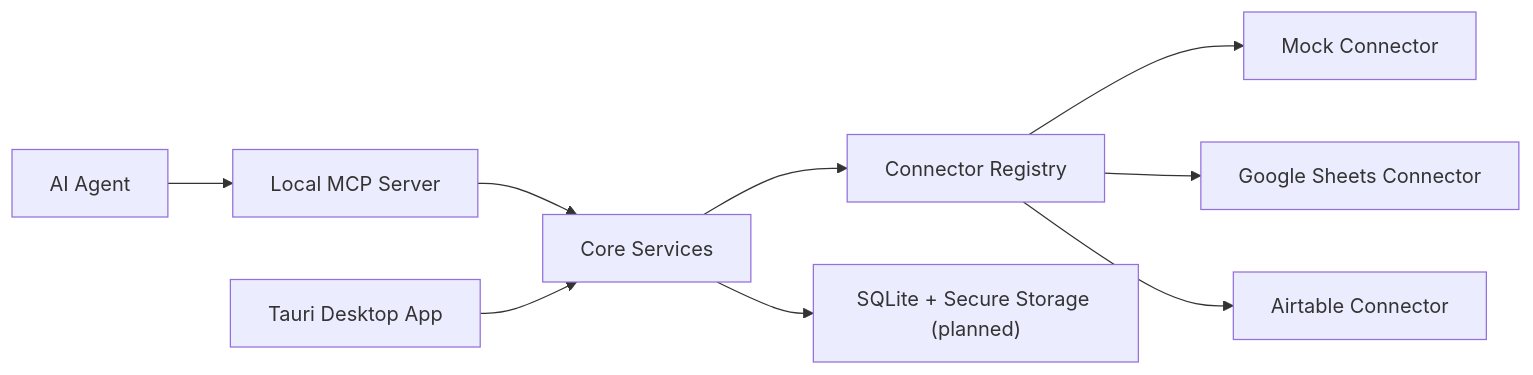
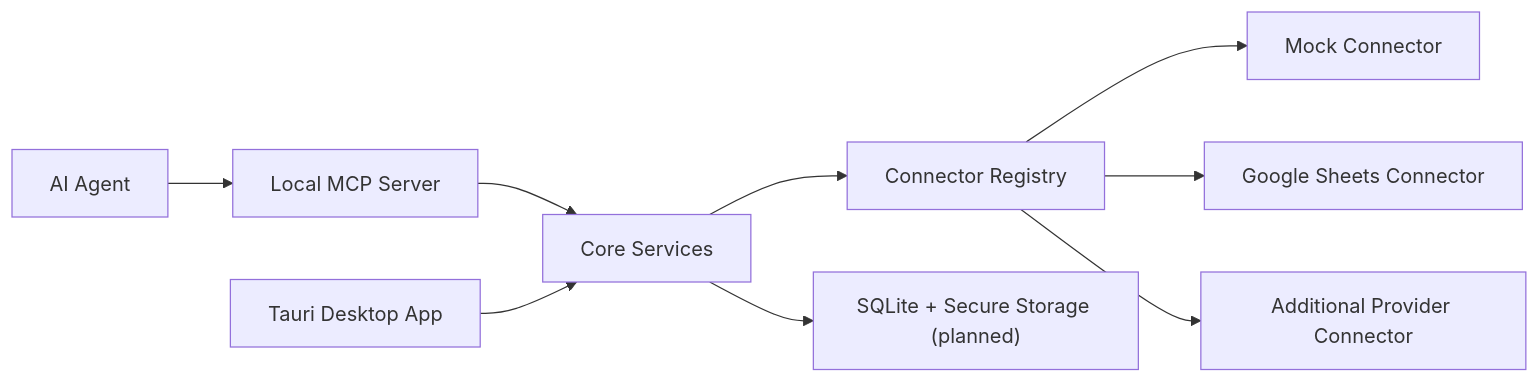
One commit to h1dr0nn/airtable-sheet-port changed the first of 3 diagrams in docs/architecture.md. Above: the diagram before and after it, drawn with Mermaid. The commit also changed other lines of this file and 13 other files, not shown here.

````diff
--- a/docs/architecture.md
+++ b/docs/architecture.md
@@ -7,11 +7,11 @@
 ```mermaid
 flowchart LR
   Agent["AI Agent"] --> MCP["Local MCP Server"]
   MCP --> Core["Core Services"]
   Core --> Registry["Connector Registry"]
   Registry --> Mock["Mock Connector"]
   Registry --> Sheets["Google Sheets Connector"]
-  Registry --> Airtable["Airtable Connector"]
+  Registry --> Provider["Additional Provider Connector"]
   Desktop["Tauri Desktop App"] --> Core
   Core --> Store["SQLite + Secure Storage (planned)"]
 ```
````
